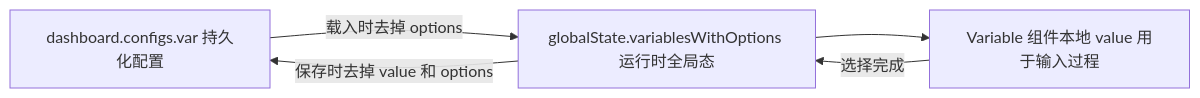
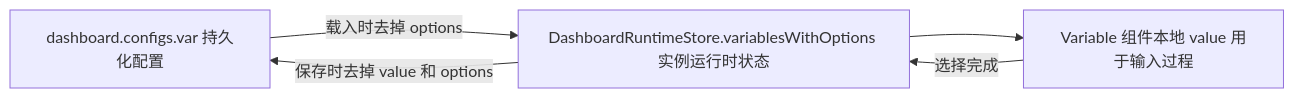
One commit to n9e/fe changed the second of 4 diagrams in src/pages/dashboard/VARIABLES.md. Above: the diagram before and after it, drawn with Mermaid. The commit also changed other lines of this file and 122 other files, not shown here.

First line of the commit message:
refactor(dashboard): extract panel registry and isolate runtime state

````diff
--- a/src/pages/dashboard/VARIABLES.md
+++ b/src/pages/dashboard/VARIABLES.md
@@ -97,7 +97,7 @@
 ```mermaid
 flowchart LR
-  Persist["dashboard.configs.var 持久化配置"] -->|"载入时去掉 options"| Runtime["globalState.variablesWithOptions 运行时全局态"]
+  Persist["dashboard.configs.var 持久化配置"] -->|"载入时去掉 options"| Runtime["DashboardRuntimeStore.variablesWithOptions 实例运行时状态"]
   Runtime -->|"保存时去掉 value 和 options"| Persist
   Runtime --> Local["Variable 组件本地 value 用于输入过程"]
   Local -->|"选择完成"| Runtime
 ```
````
